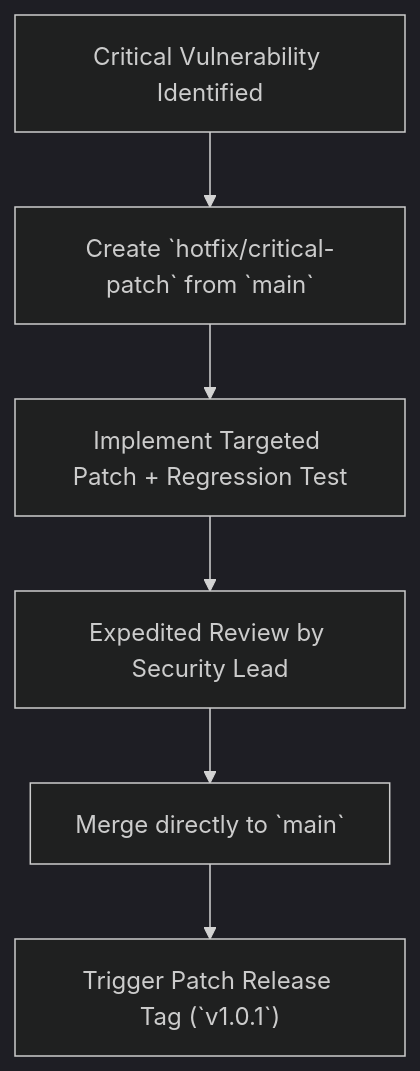
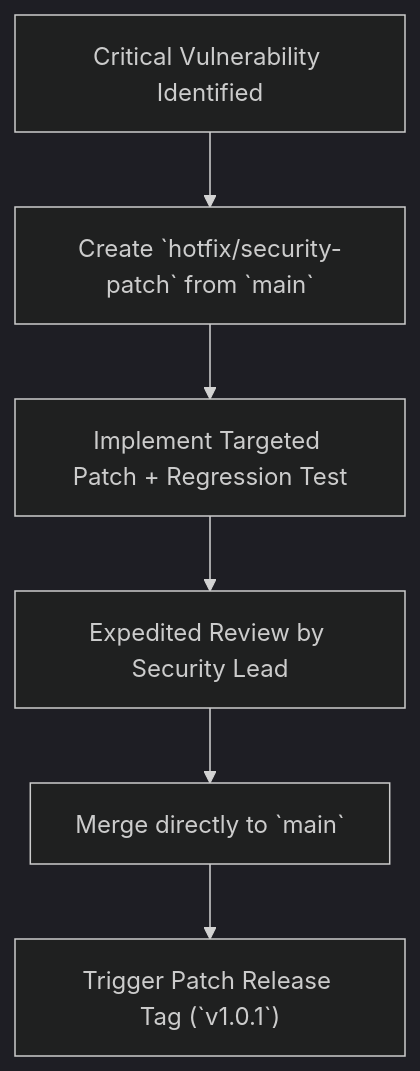
The third of 3 diagrams in docs/WORKFLOW.md (Subhadip-Paul2006/NETRA-Backend), drawn with Mermaid (dark theme) before and after one commit. The commit also changed other lines of this file and 15 other files, not shown here.

Commit message:
docs: establish authoritative open-source academic architecture & technical specification suite

````diff
--- a/docs/WORKFLOW.md
+++ b/docs/WORKFLOW.md
@@ -136,8 +128,8 @@
 ```mermaid
 flowchart TD
-    Vuln["Critical Vulnerability Identified"] --> HotfixBranch["Create `hotfix/critical-patch` from `main`"]
+    Vuln["Critical Vulnerability Identified"] --> HotfixBranch["Create `hotfix/security-patch` from `main`"]
     HotfixBranch --> Patch["Implement Targeted Patch + Regression Test"]
     Patch --> ExpeditedReview["Expedited Review by Security Lead"]
     ExpeditedReview --> MergeMain["Merge directly to `main`"]
     MergeMain --> TagRelease["Trigger Patch Release Tag (`v1.0.1`)"]
 ```
````
